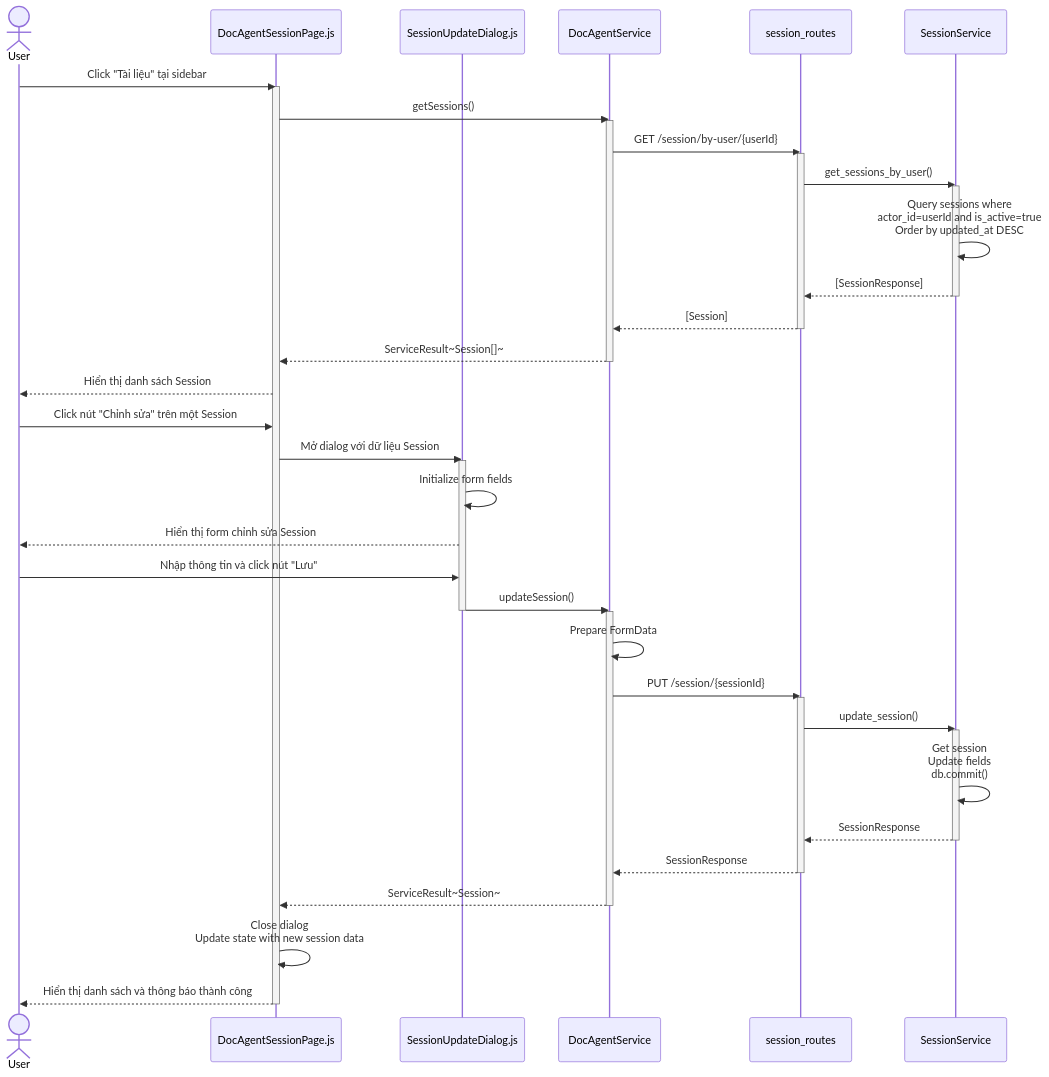
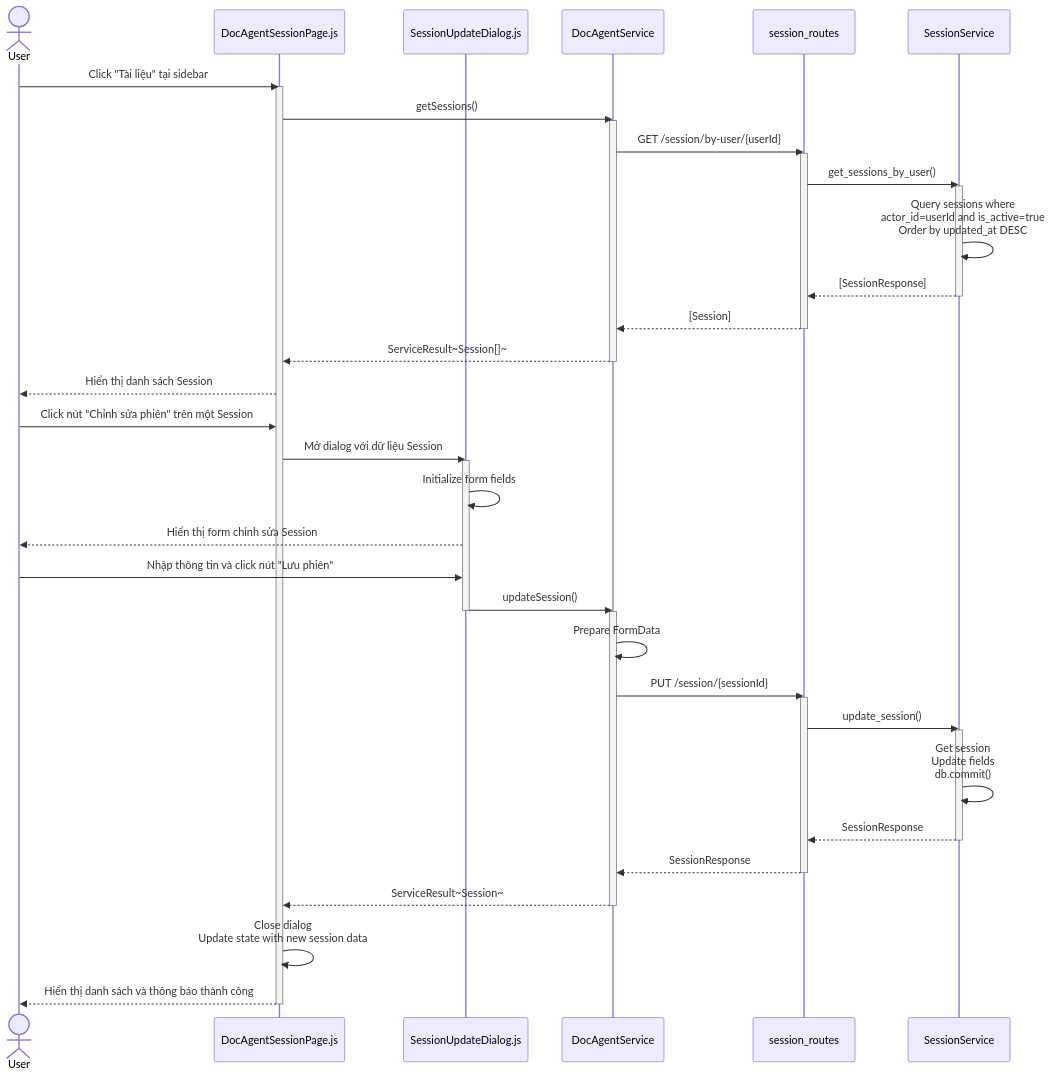
Before and after one commit to mduc-2610/gp_doc: the third of 4 diagrams in session/4_session_management_seq.md, drawn with Mermaid. The commit also changed other lines of this file and 13 other files, not shown here.

````diff
--- a/session/4_session_management_seq.md
+++ b/session/4_session_management_seq.md
@@ -117,63 +117,63 @@
 ```mermaid
 sequenceDiagram
     actor User
     participant DocAgentSessionPage as DocAgentSessionPage.js
     participant SessionUpdateDialog as SessionUpdateDialog.js
     participant DocAgentService as DocAgentService
     participant SessionRoutes as session_routes
     participant SessionService as SessionService
 
     User->>DocAgentSessionPage: Click "Tài liệu" tại sidebar
     activate DocAgentSessionPage
     
     DocAgentSessionPage->>DocAgentService: getSessions()
     activate DocAgentService
     DocAgentService->>SessionRoutes: GET /session/by-user/{userId}
     activate SessionRoutes
     SessionRoutes->>SessionService: get_sessions_by_user()
     activate SessionService
     SessionService->>SessionService: Query sessions where<br/>actor_id=userId and is_active=true<br/>Order by updated_at DESC
     SessionService-->>SessionRoutes: [SessionResponse]
     deactivate SessionService
     SessionRoutes-->>DocAgentService: [Session]
     deactivate SessionRoutes
     DocAgentService-->>DocAgentSessionPage: ServiceResult~Session[]~
     deactivate DocAgentService
     
     DocAgentSessionPage-->>User: Hiển thị danh sách Session
     
-    User->>DocAgentSessionPage: Click nút "Chỉnh sửa" trên một Session
+    User->>DocAgentSessionPage: Click nút "Chỉnh sửa phiên" trên một Session
     
     DocAgentSessionPage->>SessionUpdateDialog: Mở dialog với dữ liệu Session
     activate SessionUpdateDialog
     
     SessionUpdateDialog->>SessionUpdateDialog: Initialize form fields
     SessionUpdateDialog-->>User: Hiển thị form chỉnh sửa Session
     
-    User->>SessionUpdateDialog: Nhập thông tin và click nút "Lưu"
+    User->>SessionUpdateDialog: Nhập thông tin và click nút "Lưu phiên"
     
     SessionUpdateDialog->>DocAgentService: updateSession()
     deactivate SessionUpdateDialog
     activate DocAgentService
     
     DocAgentService->>DocAgentService: Prepare FormData
     DocAgentService->>SessionRoutes: PUT /session/{sessionId}
     activate SessionRoutes
     
     SessionRoutes->>SessionService: update_session()
     activate SessionService
     
     SessionService->>SessionService: Get session<br/>Update fields<br/>db.commit()
     SessionService-->>SessionRoutes: SessionResponse
     deactivate SessionService
     
     SessionRoutes-->>DocAgentService: SessionResponse
     deactivate SessionRoutes
     
     DocAgentService-->>DocAgentSessionPage: ServiceResult~Session~
     deactivate DocAgentService
     
     DocAgentSessionPage->>DocAgentSessionPage: Close dialog<br/>Update state with new session data
     DocAgentSessionPage-->>User: Hiển thị danh sách và thông báo thành công
     deactivate DocAgentSessionPage
 ```
````
